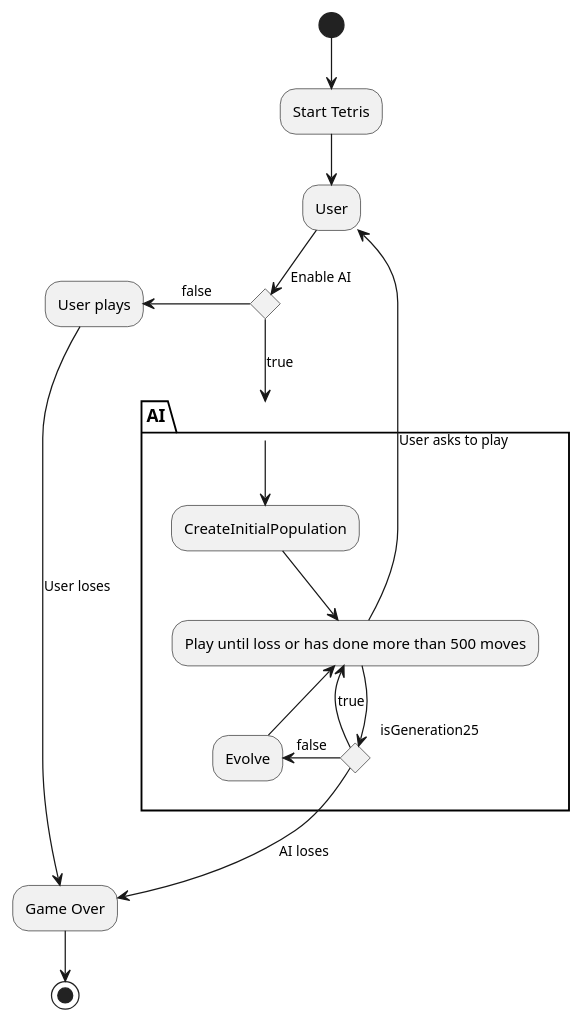
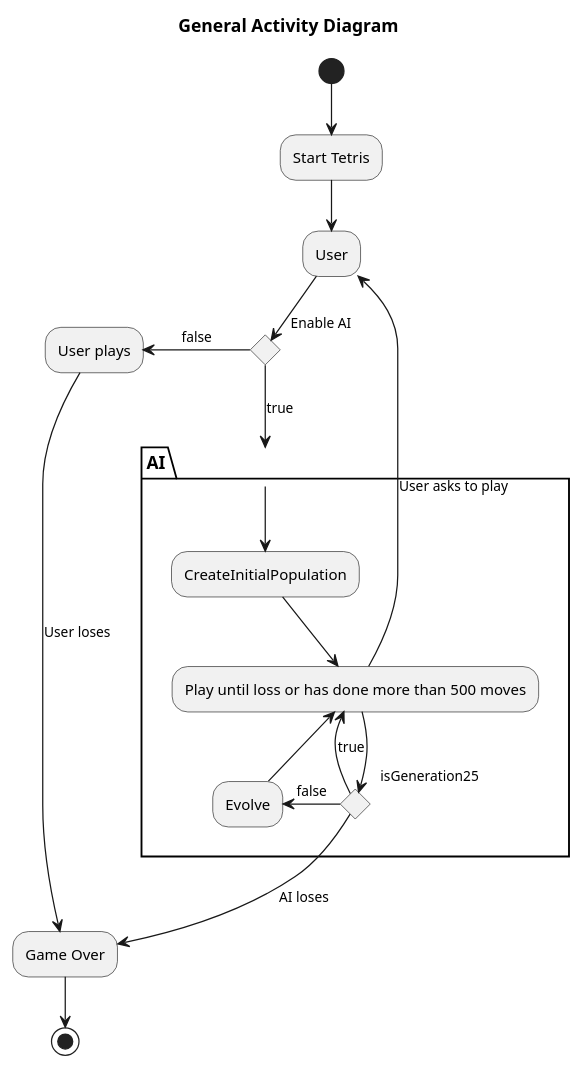
One commit to matissecallewaert/ai-tetris changed the diagram in Analyse/GeneralActivity.puml. Above: the diagram before and after it, drawn with PlantUML. The commit also changed 3 other files, not shown here.

Commit message:
Analyse: Add title to class diagrams

```diff
--- a/Analyse/GeneralActivity.puml
+++ b/Analyse/GeneralActivity.puml
@@ -1,28 +1,30 @@
 @startuml generalActivity
+
+title ==General Activity Diagram==
 
 (*) --> "Start Tetris"
 -->"User"
 if "Enable AI" then
 -down->[true] "AI"
 else
 -left->[false] "User plays"
 -->[User loses] "Game Over"
 partition AI {
     "AI" --> CreateInitialPopulation
     --> Play until loss or has done more than 500 moves
     if "isGeneration25"
     -left->[true] "Play until loss or has done more than 500 moves"
     else
     -down->[AI loses]"Game Over"
     else
     -left->[false] Evolve
     -up-> Play until loss or has done more than 500 moves
     endif
 }
 endif
 -up->[User asks to play] User
 
 
 "Game Over" --> (*)
 
 @enduml 
```
